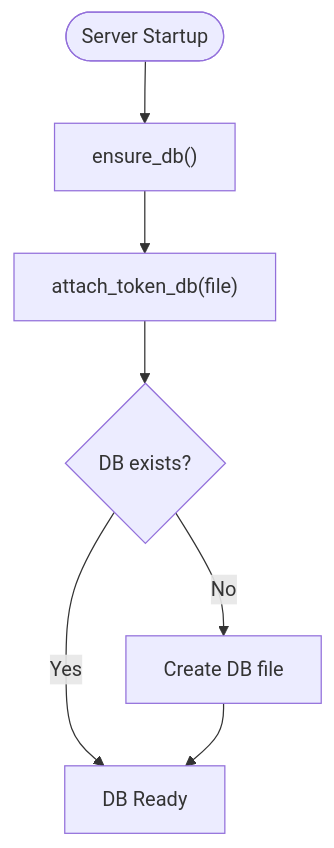
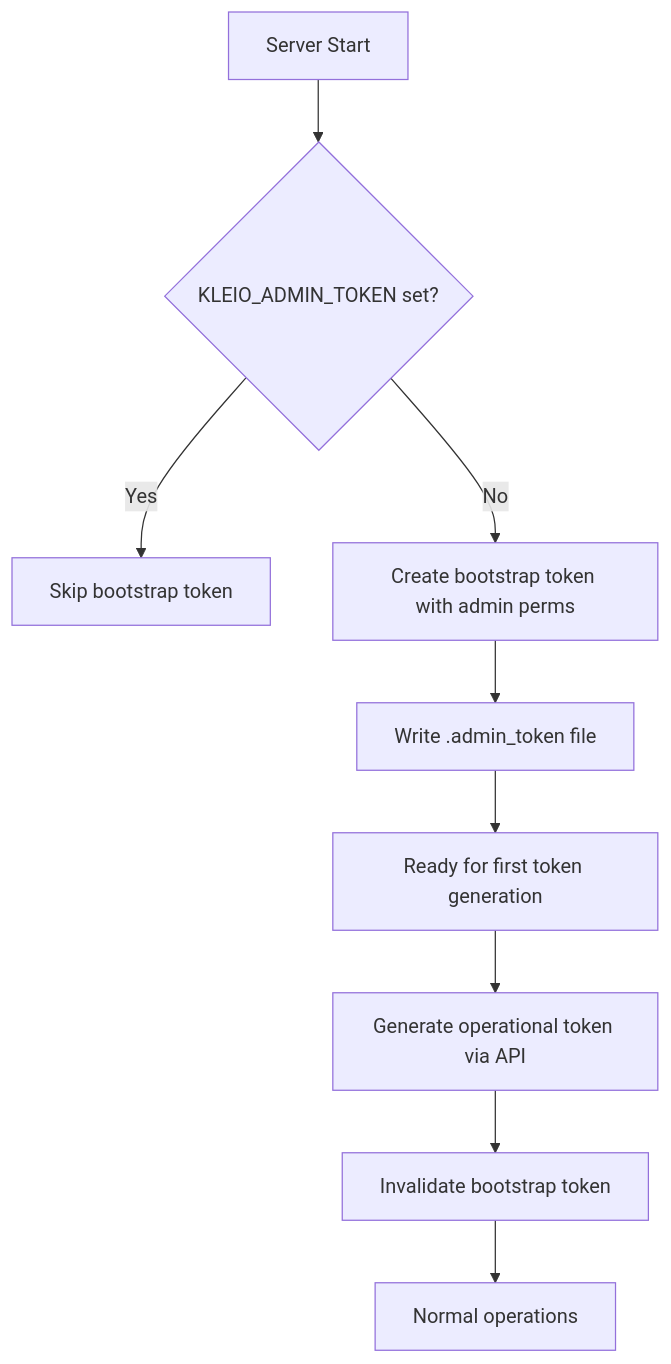
The sixth of 10 diagrams in .qoder/repowiki/en/content/Authentication and Security.md (time-link/timelink-kleio), drawn with Mermaid before and after one commit. The commit also changed other lines of this file and 225 other files, not shown here.

````diff
--- a/.qoder/repowiki/en/content/Authentication and Security.md
+++ b/.qoder/repowiki/en/content/Authentication and Security.md
@@ -198,9 +249,11 @@
 ```mermaid
 flowchart TD
-Init(["Server Startup"]) --> EnsureDB["ensure_db()"]
-EnsureDB --> Attach["attach_token_db(file)"]
-Attach --> Exists{"DB exists?"}
-Exists --> |No| Create["Create DB file"]
-Exists --> |Yes| Ready["DB Ready"]
-Create --> Ready
+BootStart["Server Start"] --> CheckEnv{"KLEIO_ADMIN_TOKEN set?"}
+CheckEnv -- "Yes" --> SkipBootstrap["Skip bootstrap token"]
+CheckEnv -- "No" --> CreateBootstrap["Create bootstrap token with admin perms"]
+CreateBootstrap --> WriteFile["Write .admin_token file"]
+WriteFile --> Ready["Ready for first token generation"]
+Ready --> FirstGen["Generate operational token via API"]
+FirstGen --> InvalidateBoot["Invalidate bootstrap token"]
+InvalidateBoot --> NormalOps["Normal operations"]
 ```
````
